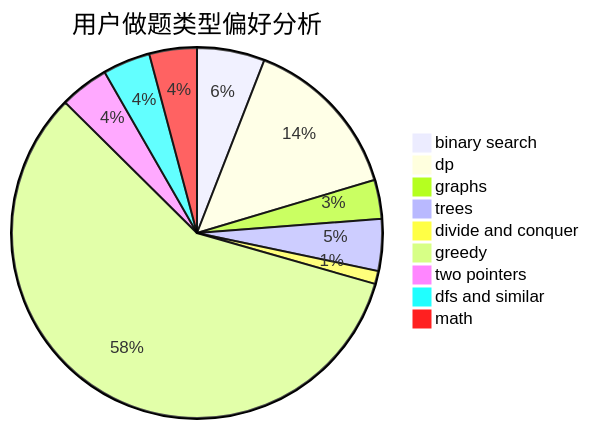
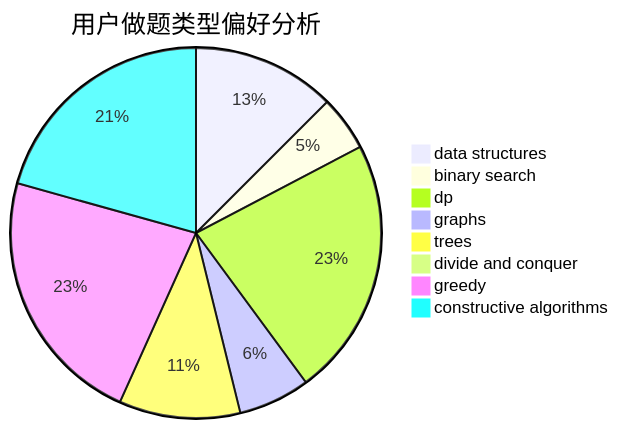
The second of 3 diagrams in docs/user/u2690.md (sherpahu/cfrs.github.io), drawn with Mermaid before and after one commit. The commit also changed other lines of this file and 2775 other files, not shown here.

````diff
--- a/docs/user/u2690.md
+++ b/docs/user/u2690.md
@@ -23,12 +23,11 @@
 ```mermaid
 pie title 用户做题类型偏好分析
-    "binary search" :  47
-    "dp" :  115
-    "graphs" :  27
-    "trees" :  36
-    "divide and conquer" :  9
-    "greedy" :  461
-    "two pointers" :  34
-    "dfs and similar" :  33
-    "math" :  33
+    "data structures" :  26
+    "binary search" :  10
+    "dp" :  47
+    "graphs" :  13
+    "trees" :  22
+    "divide and conquer" :  0
+    "greedy" :  47
+    "constructive algorithms" :  43
 ```
````
